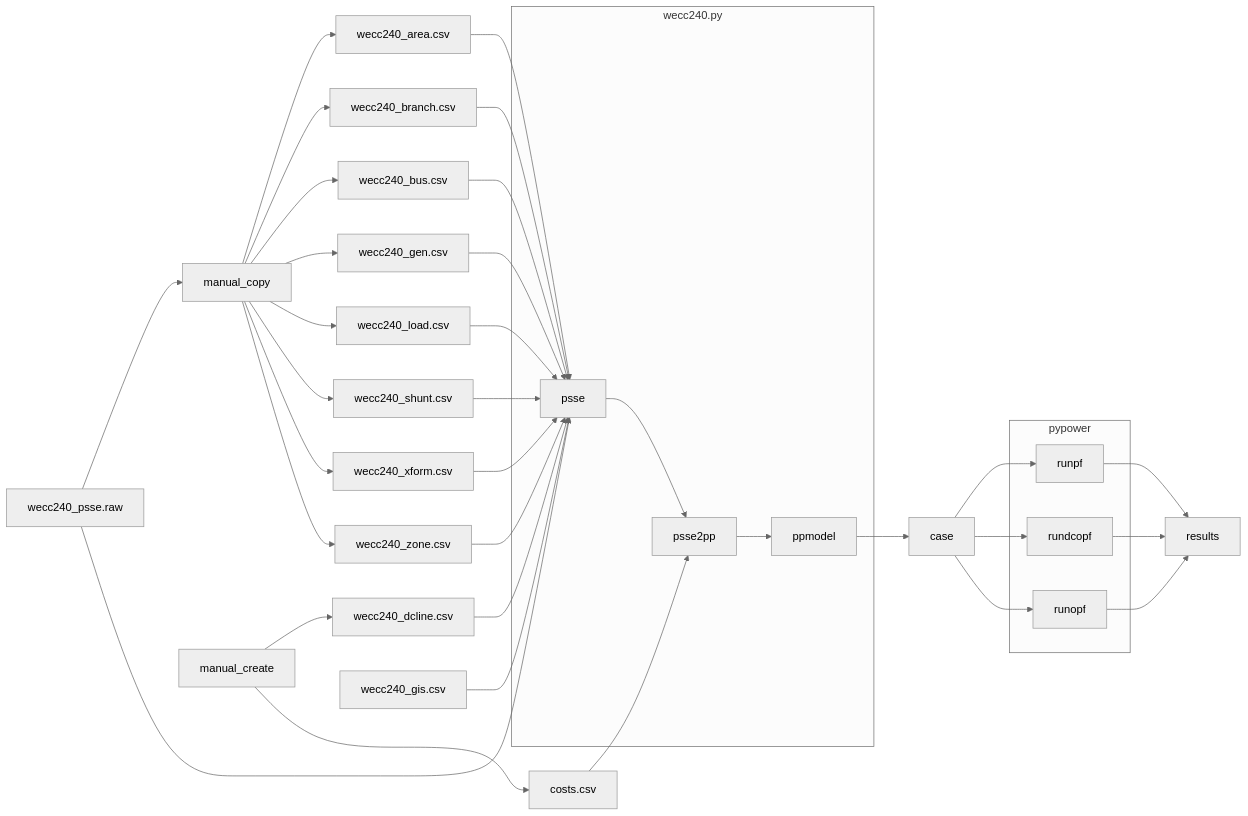
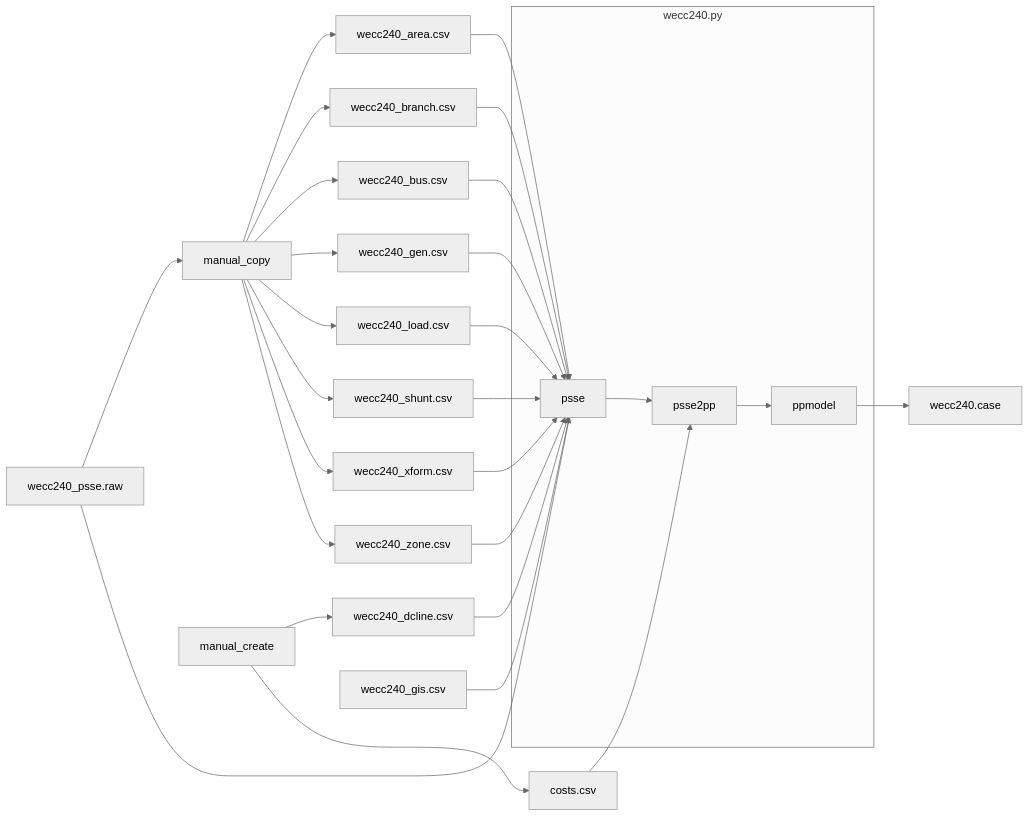
The first of 3 diagrams in pypower/README.md (slacgismo/regrow), drawn with Mermaid (neutral theme) before and after one commit. The commit also changed other lines of this file, not shown here.

````diff
--- a/pypower/README.md
+++ b/pypower/README.md
@@ -5,49 +5,36 @@
 ```mermaid
 flowchart LR
     wecc240_psse.raw --> manual_copy
     wecc240_psse.raw --> psse
     
     manual_copy --> wecc240_area.csv
     manual_copy --> wecc240_branch.csv
     manual_copy --> wecc240_bus.csv
     manual_copy --> wecc240_gen.csv
     manual_copy --> wecc240_load.csv
     manual_copy --> wecc240_shunt.csv
     manual_copy --> wecc240_xform.csv
     manual_copy --> wecc240_zone.csv
 
     manual_create --> wecc240_dcline.csv
     manual_create --> costs.csv
 
     wecc240_area.csv --> psse
     wecc240_branch.csv --> psse
     wecc240_bus.csv --> psse
     wecc240_gen.csv --> psse
     wecc240_gis.csv --> psse
     wecc240_load.csv --> psse
     wecc240_shunt.csv --> psse
     wecc240_xform.csv --> psse
     wecc240_zone.csv --> psse
     costs.csv --> psse2pp
 
     wecc240_dcline.csv --> psse
     subgraph wecc240.py
         psse --> psse2pp
         psse2pp --> ppmodel
     end
 
-    ppmodel --> case
-    case --> runpf
-    case --> rundcopf
-    case --> runopf
-
-    subgraph pypower
-        runpf
-        rundcopf
-        runopf
-    end
-
-    runpf --> results
-    rundcopf --> results
-    runopf --> results
+    ppmodel --> wecc240.case
 ```
````
